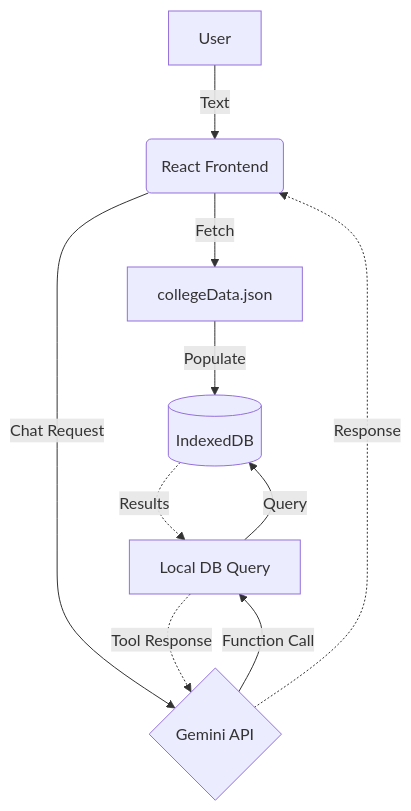
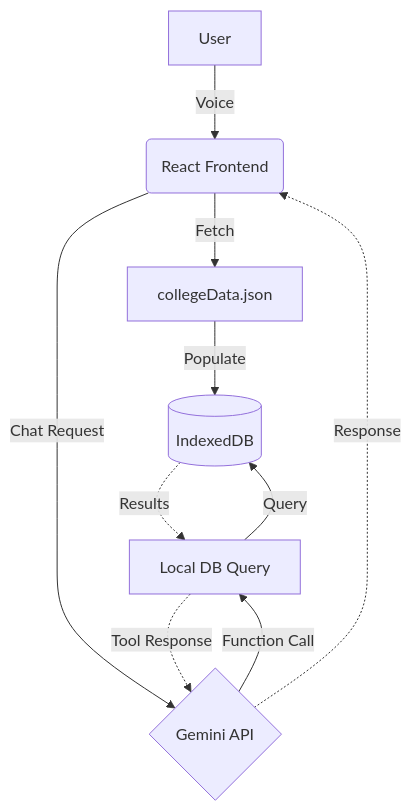
One commit to shreeyadav06/SeatSathi changed the third of 3 diagrams in README.md. Above: the diagram before and after it, drawn with Mermaid. The commit also changed other lines of this file, not shown here.

Commit message:
docs: correct v1 feature from text-only to voice-only

````diff
--- a/README.md
+++ b/README.md
@@ -101,12 +101,12 @@
 ```mermaid
 graph TD
-    A[User] -->|Text| B(React Frontend)
+    A[User] -->|Voice| B(React Frontend)
     B -->|Fetch| C[collegeData.json]
     C -->|Populate| D[(IndexedDB)]
     B -->|Chat Request| E{Gemini API}
     E -->|Function Call| F[Local DB Query]
     F -->|Query| D
     D -.->|Results| F
     F -.->|Tool Response| E
     E -.->|Response| B
 ```
````
